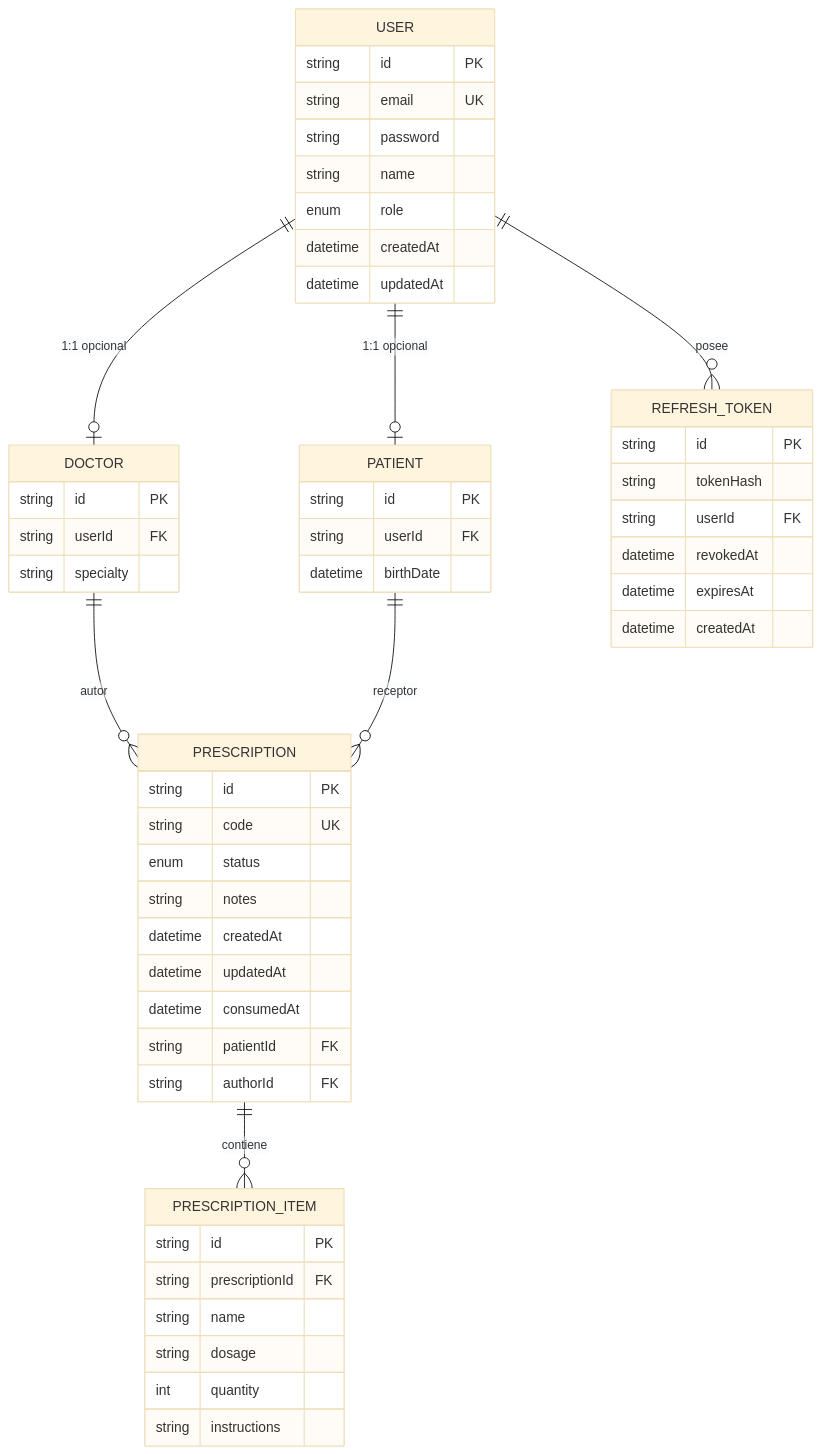
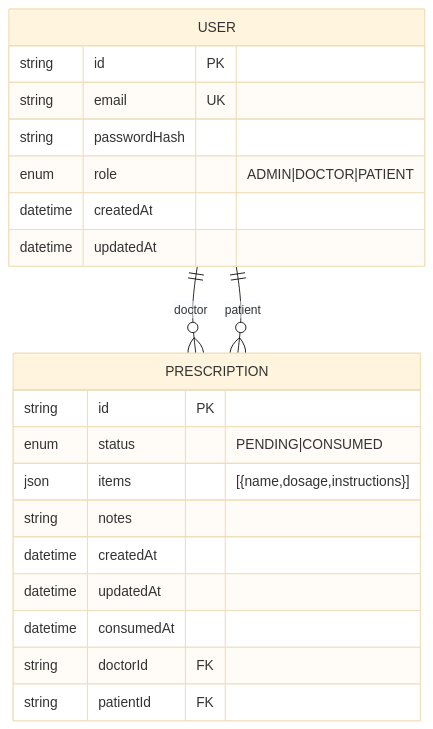
The diagram in docs/diagrams/02-er.mmd (CristianMz21/prescriptions-app-backend), drawn with Mermaid before and after one commit. The commit also changed 27 other files, not shown here.

```diff
--- a/docs/diagrams/02-er.mmd
+++ b/docs/diagrams/02-er.mmd
@@ -1,62 +1,25 @@
 %%{init: {"theme": "base", "themeVariables": {"fontSize": "16px"}}}%%
 erDiagram
-    USER ||--o| DOCTOR : "1:1 opcional"
-    USER ||--o| PATIENT : "1:1 opcional"
-    USER ||--o{ REFRESH_TOKEN : "posee"
-
     USER {
         string id PK
         string email UK
-        string password
-        string name
-        enum role
+        string passwordHash
+        enum role "ADMIN|DOCTOR|PATIENT"
         datetime createdAt
         datetime updatedAt
     }
 
-    DOCTOR {
-        string id PK
-        string userId FK
-        string specialty
-    }
-
-    PATIENT {
-        string id PK
-        string userId FK
-        datetime birthDate
-    }
-
-    DOCTOR ||--o{ PRESCRIPTION : "autor"
-    PATIENT ||--o{ PRESCRIPTION : "receptor"
-
     PRESCRIPTION {
         string id PK
-        string code UK
-        enum status
+        enum status "PENDING|CONSUMED"
+        json items "[{name,dosage,instructions}]"
         string notes
         datetime createdAt
         datetime updatedAt
         datetime consumedAt
+        string doctorId FK
         string patientId FK
-        string authorId FK
     }
 
-    PRESCRIPTION ||--o{ PRESCRIPTION_ITEM : "contiene"
-
-    PRESCRIPTION_ITEM {
-        string id PK
-        string prescriptionId FK
-        string name
-        string dosage
-        int quantity
-        string instructions
-    }
-
-    REFRESH_TOKEN {
-        string id PK
-        string tokenHash
-        string userId FK
-        datetime revokedAt
-        datetime expiresAt
-        datetime createdAt
-    }
+    USER ||--o{ PRESCRIPTION : "doctor"
+    USER ||--o{ PRESCRIPTION : "patient"
```
